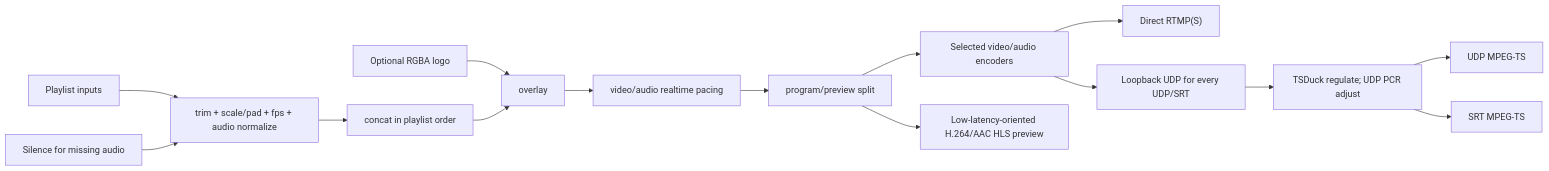
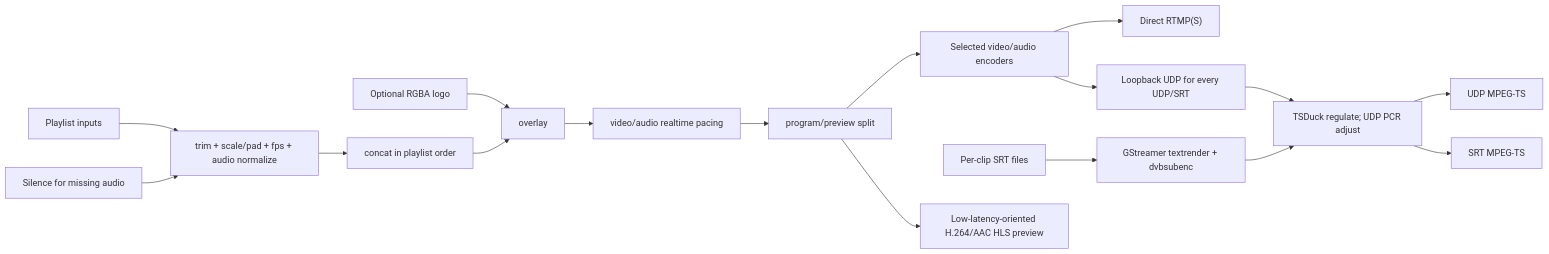
The second of 4 diagrams in docs/architecture.md (MetelevNikita/FluxIO), drawn with Mermaid before and after one commit. The commit also changed other lines of this file and 50 other files, not shown here.

````diff
--- a/docs/architecture.md
+++ b/docs/architecture.md
@@ -77,17 +79,19 @@
 ```mermaid
 flowchart LR
   Inputs["Playlist inputs"] --> Normalize["trim + scale/pad + fps + audio normalize"]
   Silence["Silence for missing audio"] --> Normalize
   Normalize --> Concat["concat in playlist order"]
   Logo["Optional RGBA logo"] --> Overlay["overlay"]
   Concat --> Overlay
   Overlay --> Realtime["video/audio realtime pacing"]
   Realtime --> Split["program/preview split"]
   Split --> Encode["Selected video/audio encoders"]
   Encode --> RTMP["Direct RTMP(S)"]
   Encode --> Loopback["Loopback UDP for every UDP/SRT"]
   Loopback --> Transport["TSDuck regulate; UDP PCR adjust"]
+  SRTFiles["Per-clip SRT files"] --> DVBSub["GStreamer textrender + dvbsubenc"]
+  DVBSub --> Transport
   Transport --> UDP["UDP MPEG-TS"]
   Transport --> SRT["SRT MPEG-TS"]
   Split --> HLS["Low-latency-oriented H.264/AAC HLS preview"]
 ```
````
